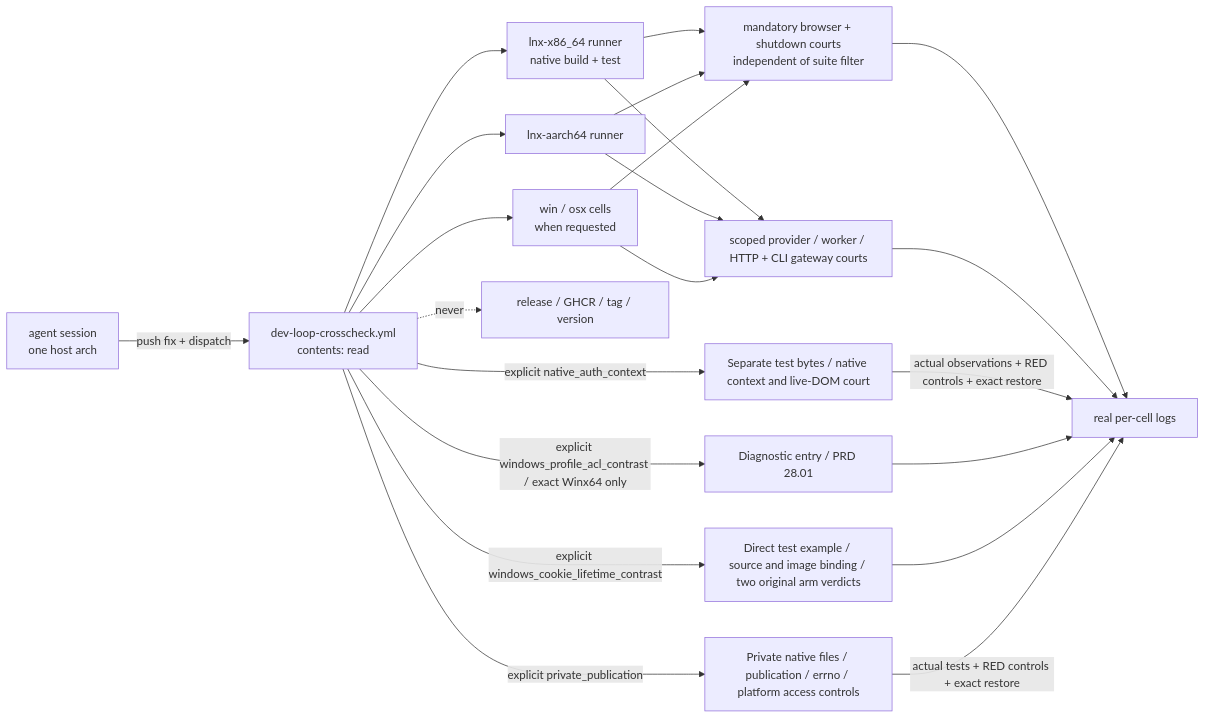
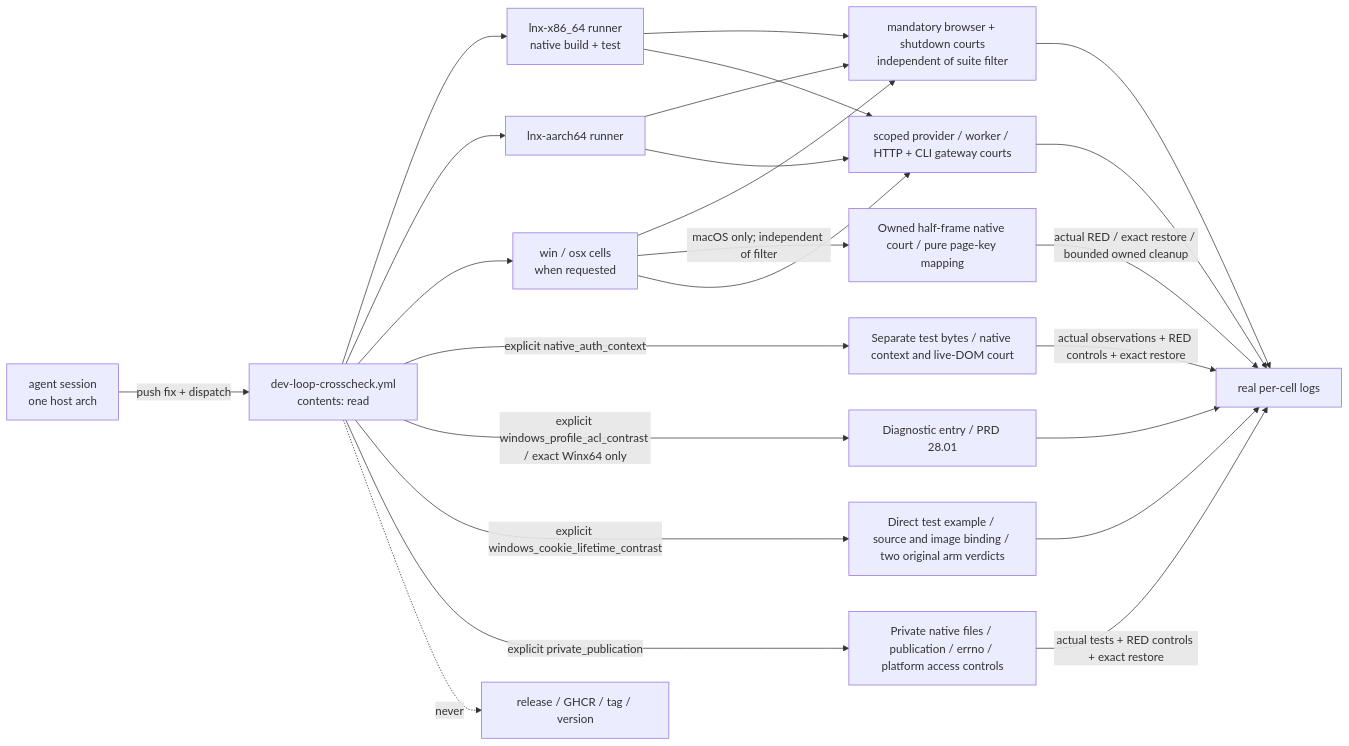
The diagram in prd/PRD_02_32_dev_loop_crosscheck.md (partnernetsoftware/minicon), drawn with Mermaid before and after one commit. The commit also changed other lines of this file and 27 other files, not shown here.

Commit message:
feat: add macOS half-window shortcuts and plan computer use

````diff
--- a/prd/PRD_02_32_dev_loop_crosscheck.md
+++ b/prd/PRD_02_32_dev_loop_crosscheck.md
@@ -53,20 +58,22 @@
 ```mermaid
 flowchart LR
     A["agent session<br/>one host arch"] -->|push fix + dispatch| W["dev-loop-crosscheck.yml<br/>contents: read"]
     W --> C1["lnx-x86_64 runner<br/>native build + test"]
     W --> C2["lnx-aarch64 runner"]
     W --> C3["win / osx cells<br/>when requested"]
     C1 & C2 & C3 --> M["mandatory browser + shutdown courts<br/>independent of suite filter"]
     M --> L["real per-cell logs"]
+    C3 -->|macOS only; independent of filter| HALF[Owned half-frame native court / pure page-key mapping]
+    HALF -->|actual RED / exact restore / bounded owned cleanup| L
     C1 & C2 & C3 --> G["scoped provider / worker / HTTP + CLI gateway courts"]
     G --> L
     W -->|explicit native_auth_context| T[Separate test bytes / native context and live-DOM court]
     T -->|actual observations + RED controls + exact restore| L
     W -->|explicit windows_profile_acl_contrast / exact Winx64 only| ACL[Diagnostic entry / PRD 28.01]
     ACL --> L
     W -->|explicit windows_cookie_lifetime_contrast| LC[Direct test example / source and image binding / two original arm verdicts]
     LC --> L
     W -->|explicit private_publication| PP[Private native files / publication / errno / platform access controls]
     PP -->|actual tests + RED controls + exact restore| L
     W -. never .-> R["release / GHCR / tag / version"]
 ```
````
